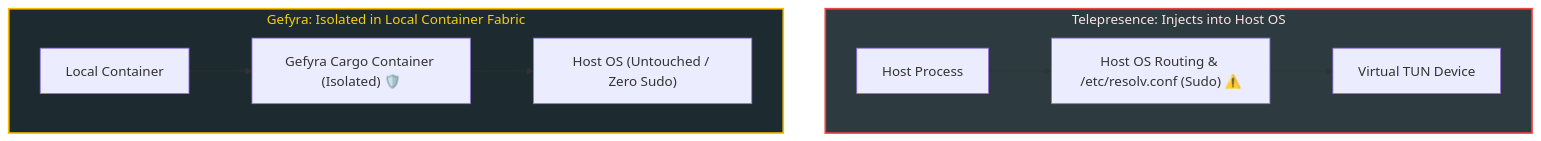
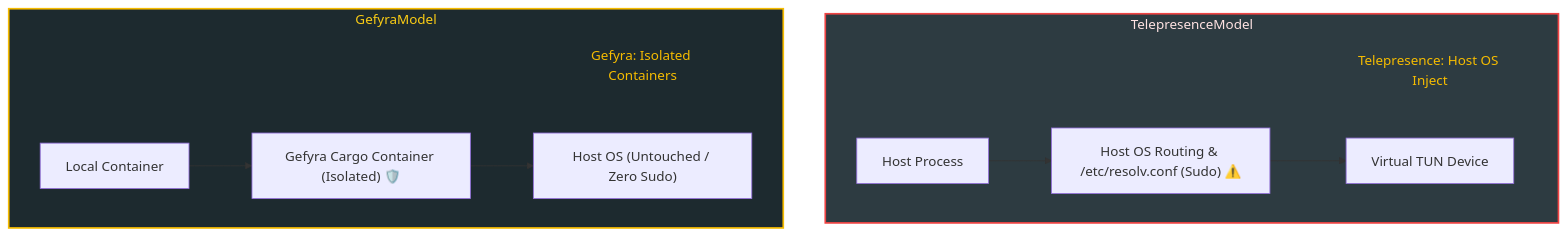
One commit to gefyrahq/gefyra changed the diagram in gefyra-docs/content/en/7.comparisons/1.gefyra-vs-telepresence.md. Above: the diagram before and after it, drawn with Mermaid. The commit also changed 11 other files, not shown here.

Commit message:
docs(#MARKETING-1226): enhance Mermaid diagrams and typography for improved clarity and consistency across documentation

````diff
--- a/gefyra-docs/content/en/7.comparisons/1.gefyra-vs-telepresence.md
+++ b/gefyra-docs/content/en/7.comparisons/1.gefyra-vs-telepresence.md
@@ -38,19 +38,23 @@
 ```mermaid
 flowchart TD
-    subgraph TelepresenceModel["Telepresence: Injects into Host OS"]
+    subgraph TelepresenceModel
         direction LR
+        TeleTitle[["Telepresence: Host OS Inject"]]
         HostApp["Host Process"] --> HostNet["Host OS Routing & /etc/resolv.conf (Sudo) ⚠️"]
         HostNet --> TUN["Virtual TUN Device"]
     end
 
-    subgraph GefyraModel["Gefyra: Isolated in Local Container Fabric"]
+    subgraph GefyraModel
         direction LR
+        GefyraTitle[["Gefyra: Isolated Containers"]]
         AppContainer["Local Container"] --> CargoContainer["Gefyra Cargo Container (Isolated) 🛡️"]
         CargoContainer --> HostClean["Host OS (Untouched / Zero Sudo)"]
     end
 
+    classDef groupTitle fill:transparent,stroke:none,color:#f6bc00;
     classDef danger fill:#2d3b41,stroke:#ef4444,stroke-width:2px,color:#fee2e2;
     classDef safe fill:#1d2a2f,stroke:#f6bc00,stroke-width:2px,color:#facc15;
+    class TeleTitle,GefyraTitle groupTitle;
     class TelepresenceModel danger;
     class GefyraModel safe;
 ```
````
